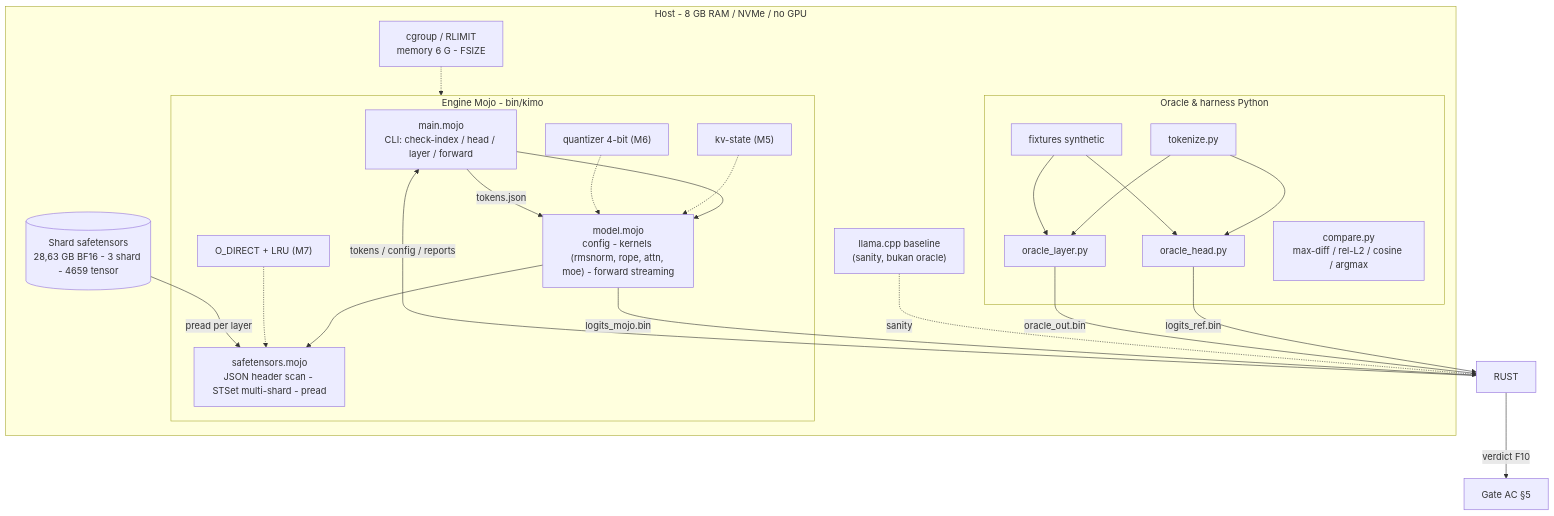
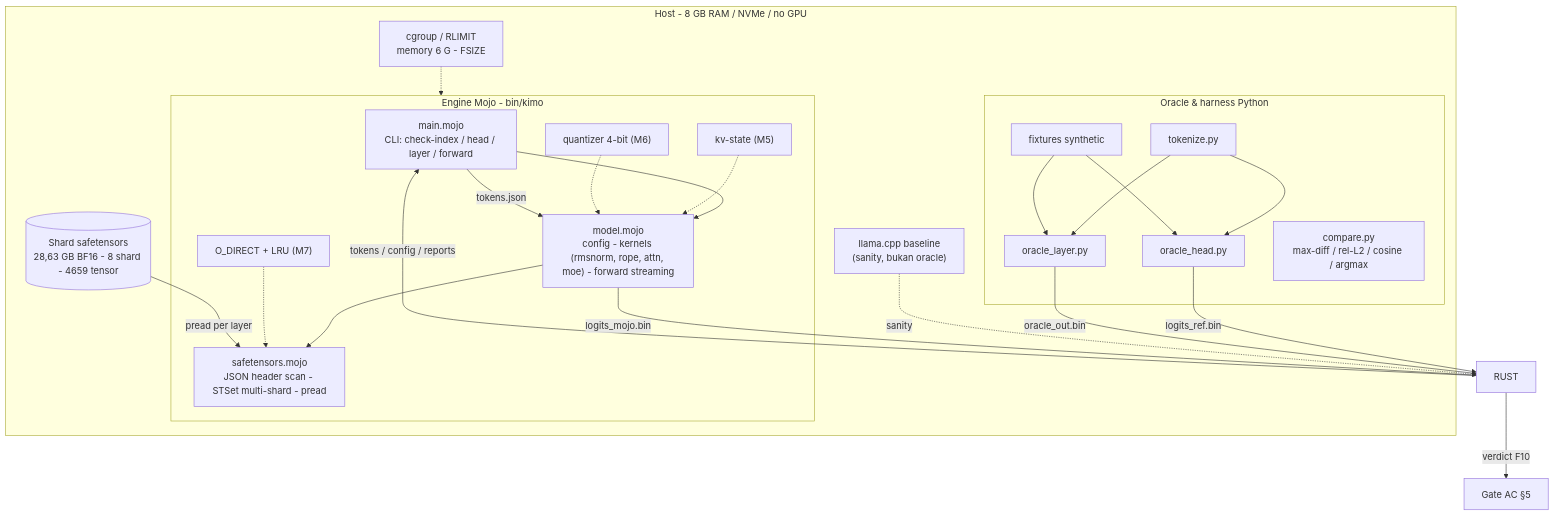
One commit to will2469/disk-streaming-moe-engine changed the diagram in docs/01-architecture.md. Above: the diagram before and after it, drawn with Mermaid. The commit also changed other lines of this file and 15 other files, not shown here.

Commit message:
docs: update architecture and milestone documentation to reflect 8-shard model partitioning and precise tensor offsets

````diff
--- a/docs/01-architecture.md
+++ b/docs/01-architecture.md
@@ -7,41 +7,41 @@
 ```mermaid
 flowchart TB
     subgraph HOST["Host - 8 GB RAM / NVMe / no GPU"]
         subgraph ENG["Engine Mojo - bin/kimo"]
             CLI["main.mojo\nCLI: check-index / head / layer / forward"]
             KER["model.mojo\nconfig - kernels (rmsnorm, rope, attn, moe) - forward streaming"]
             ST["safetensors.mojo\nJSON header scan - STSet multi-shard - pread"]
             KV["kv-state (M5)"]
             QZ["quantizer 4-bit (M6)"]
             IOD["O_DIRECT + LRU (M7)"]
             CLI --> KER
             KER --> ST
             KV -.-> KER
             QZ -.-> KER
             IOD -.-> ST
         end
         subgraph TOOLS["Oracle & harness Python"]
             TOK["tokenize.py"]
             OH["oracle_head.py"]
             OL["oracle_layer.py"]
             CMP["compare.py\nmax-diff / rel-L2 / cosine / argmax"]
             FX["fixtures synthetic"]
         end
-        DISK[("Shard safetensors\n28,63 GB BF16 - 3 shard - 4659 tensor")]
+        DISK[("Shard safetensors\n28,63 GB BF16 - 8 shard - 4659 tensor")]
         BASE["llama.cpp baseline\n(sanity, bukan oracle)"]
         CG["cgroup / RLIMIT\nmemory 6 G - FSIZE"]
     end
     DISK -->|"pread per layer"| ST
     TOK --> OH
     TOK --> OL
     FX --> OH
     FX --> OL
     OH -->|"logits_ref.bin"| RUST
     OL -->|"oracle_out.bin"| RUST
     RUST -->|"tokens / config / reports"| CLI
     CLI -->|"tokens.json"| KER
     KER -->|"logits_mojo.bin"| RUST
     RUST -->|"verdict F10"| GATE["Gate AC §5"]
     BASE -.->|sanity| RUST
     CG -.-> ENG
 ```
````
